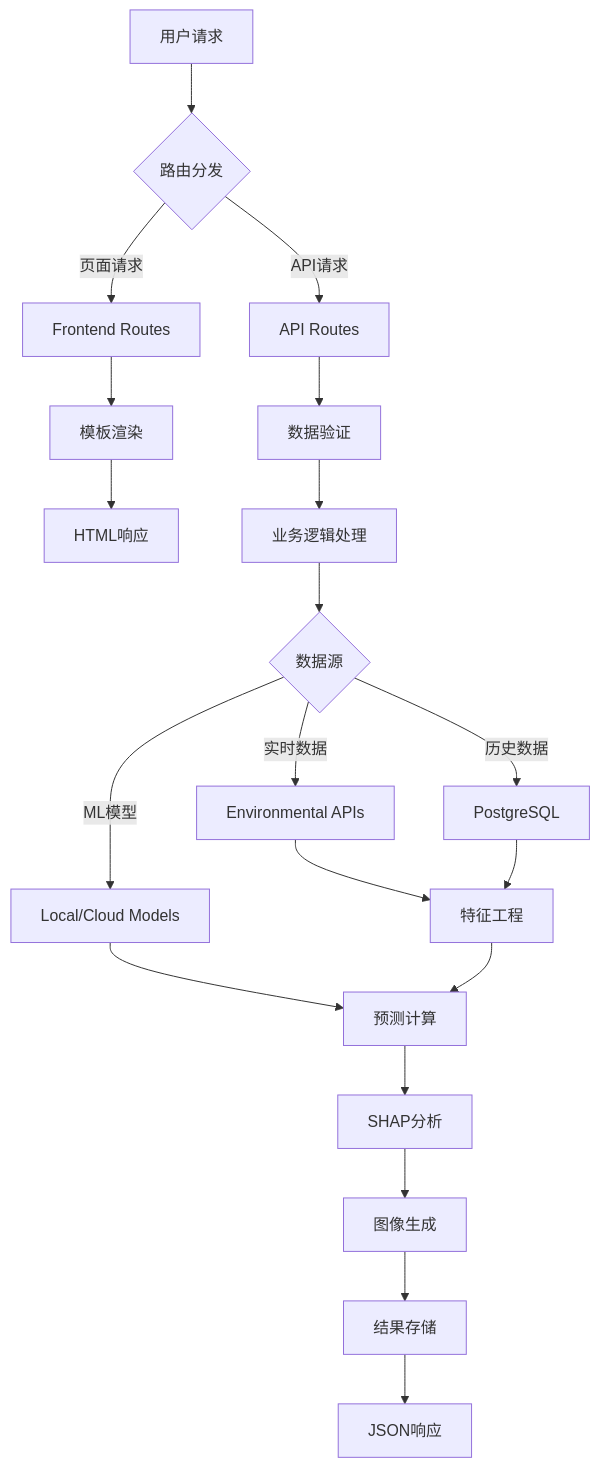
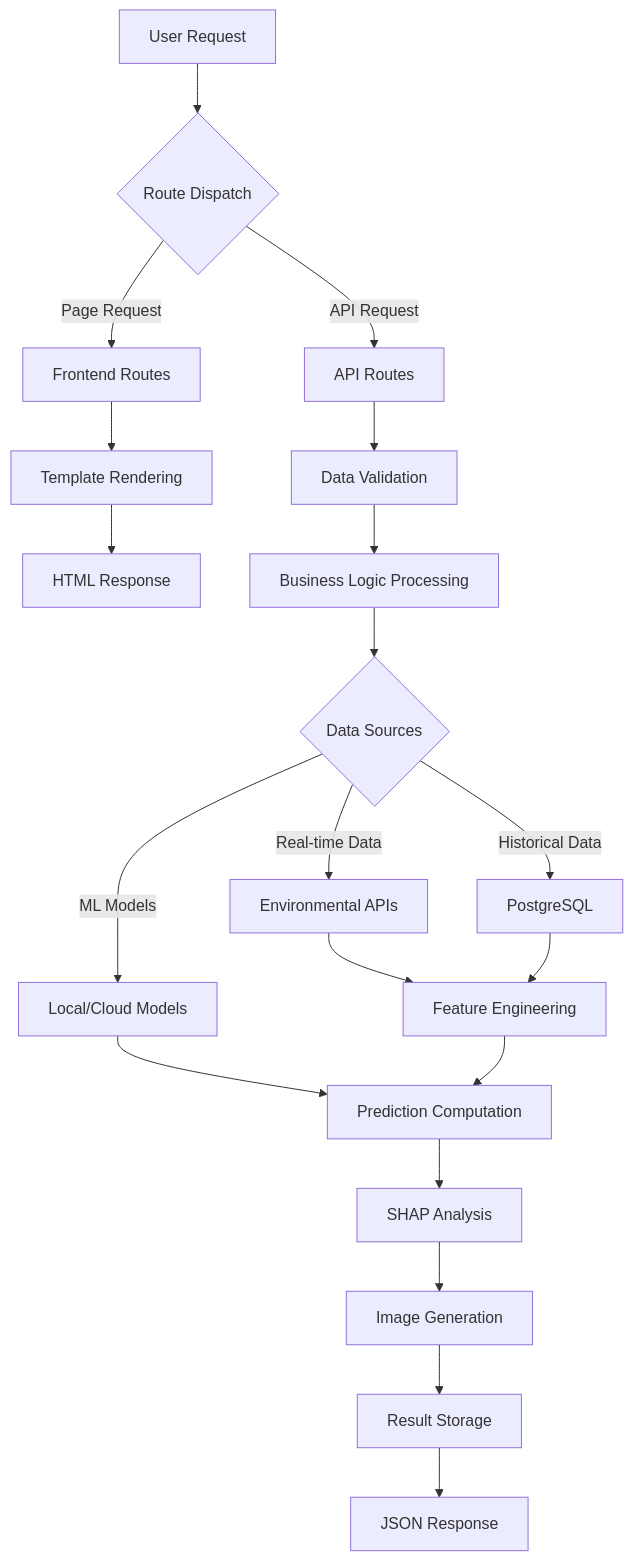
Before and after one commit to rorschachwilpeng/CASA0022_Obscura-No.7: the diagram in api/README.md, drawn with Mermaid. The commit also changed other lines of this file, not shown here.

Commit message:
Translate API README to English

````diff
--- a/api/README.md
+++ b/api/README.md
@@ -142,27 +142,27 @@
 ```mermaid
 graph TD
-    A[用户请求] --> B{路由分发}
-    B -->|页面请求| C[Frontend Routes]
-    B -->|API请求| D[API Routes]
+    A[User Request] --> B{Route Dispatch}
+    B -->|Page Request| C[Frontend Routes]
+    B -->|API Request| D[API Routes]
     
-    C --> E[模板渲染]
-    E --> F[HTML响应]
+    C --> E[Template Rendering]
+    E --> F[HTML Response]
     
-    D --> G[数据验证]
-    G --> H[业务逻辑处理]
-    H --> I{数据源}
+    D --> G[Data Validation]
+    G --> H[Business Logic Processing]
+    H --> I{Data Sources}
     
-    I -->|实时数据| J[Environmental APIs]
-    I -->|历史数据| K[PostgreSQL]
-    I -->|ML模型| L[Local/Cloud Models]
+    I -->|Real-time Data| J[Environmental APIs]
+    I -->|Historical Data| K[PostgreSQL]
+    I -->|ML Models| L[Local/Cloud Models]
     
-    J --> M[特征工程]
+    J --> M[Feature Engineering]
     K --> M
-    L --> N[预测计算]
+    L --> N[Prediction Computation]
     M --> N
     
-    N --> O[SHAP分析]
-    O --> P[图像生成]
-    P --> Q[结果存储]
-    Q --> R[JSON响应]
+    N --> O[SHAP Analysis]
+    O --> P[Image Generation]
+    P --> Q[Result Storage]
+    Q --> R[JSON Response]
 ```
````
